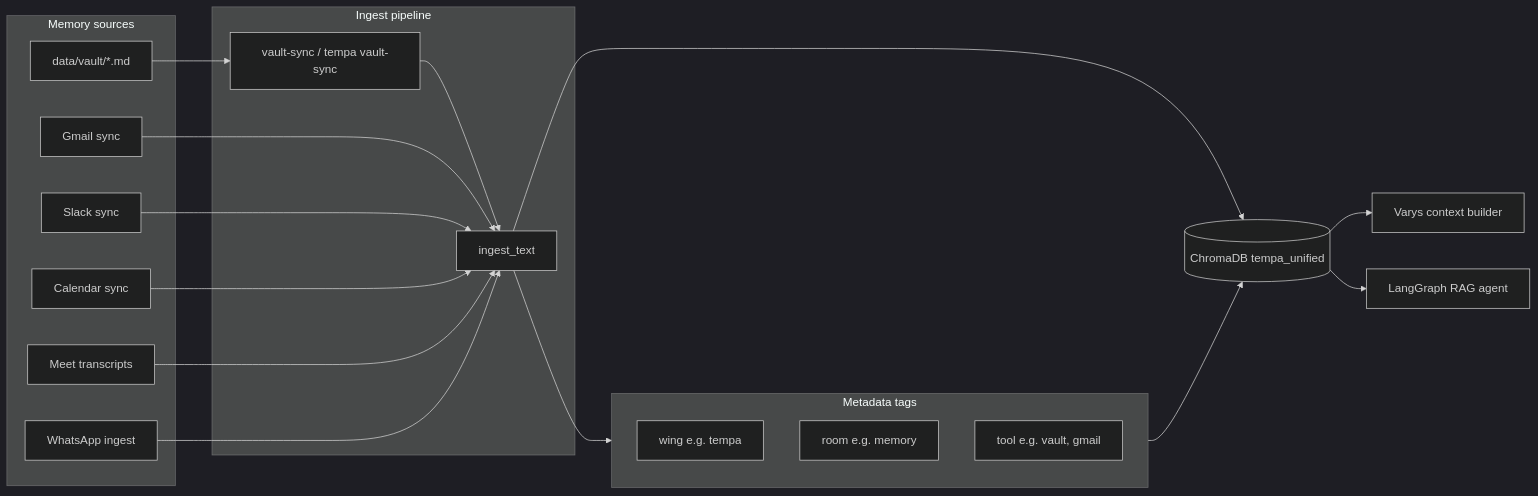
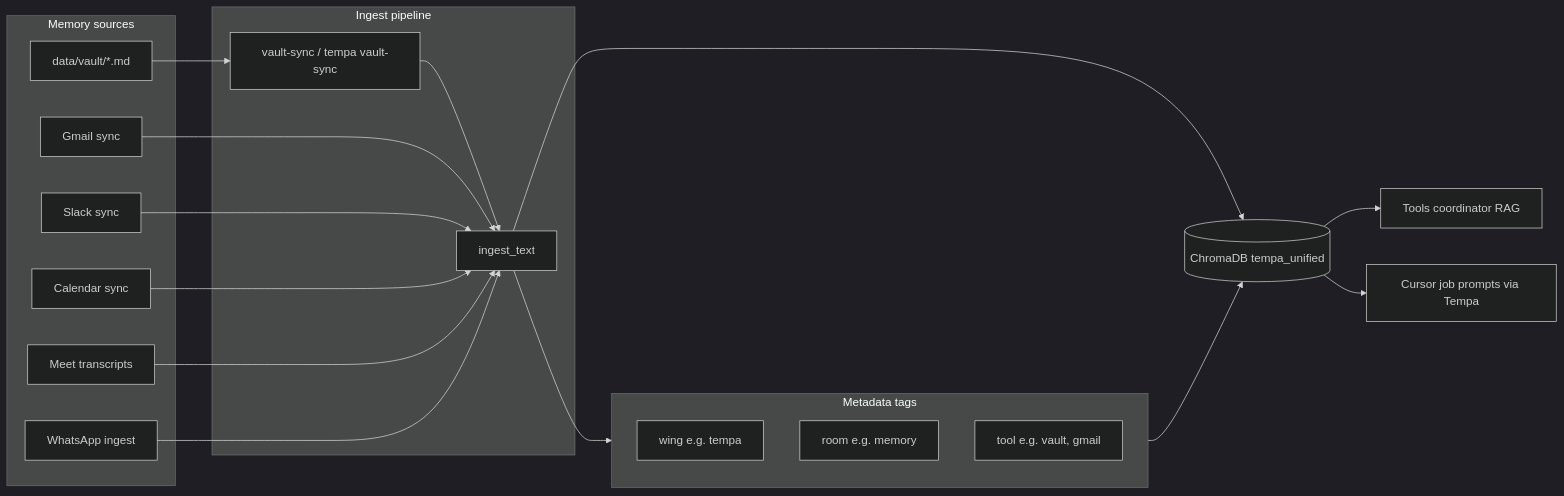
Before and after one commit to Haroon966/Tempa: the third of 4 diagrams in README.md, drawn with Mermaid (dark theme). The commit also changed other lines of this file and 135 other files, not shown here.

````diff
--- a/README.md
+++ b/README.md
@@ -184,37 +158,37 @@
 ```mermaid
 flowchart LR
     subgraph sources [Memory sources]
         VaultFiles["data/vault/*.md"]
         GmailSync[Gmail sync]
         SlackSync[Slack sync]
         CalendarSync[Calendar sync]
         MeetArchive[Meet transcripts]
         WhatsAppIdx[WhatsApp ingest]
     end
 
     subgraph ingest [Ingest pipeline]
         VaultSync[vault-sync / tempa vault-sync]
         IngestFn[ingest_text]
     end
 
     Chroma[(ChromaDB tempa_unified)]
 
     subgraph meta [Metadata tags]
         Wing[wing e.g. tempa]
         Room[room e.g. memory]
         Tool[tool e.g. vault, gmail]
     end
 
     VaultFiles --> VaultSync --> IngestFn
     GmailSync --> IngestFn
     SlackSync --> IngestFn
     CalendarSync --> IngestFn
     MeetArchive --> IngestFn
     WhatsAppIdx --> IngestFn
     IngestFn --> Chroma
     IngestFn --> meta
     meta --> Chroma
 
-    Chroma --> VarysCtx[Varys context builder]
-    Chroma --> LangGraphRAG[LangGraph RAG agent]
+    Chroma --> ToolsCoord[Tools coordinator RAG]
+    Chroma --> CursorCtx[Cursor job prompts via Tempa]
 ```
````
